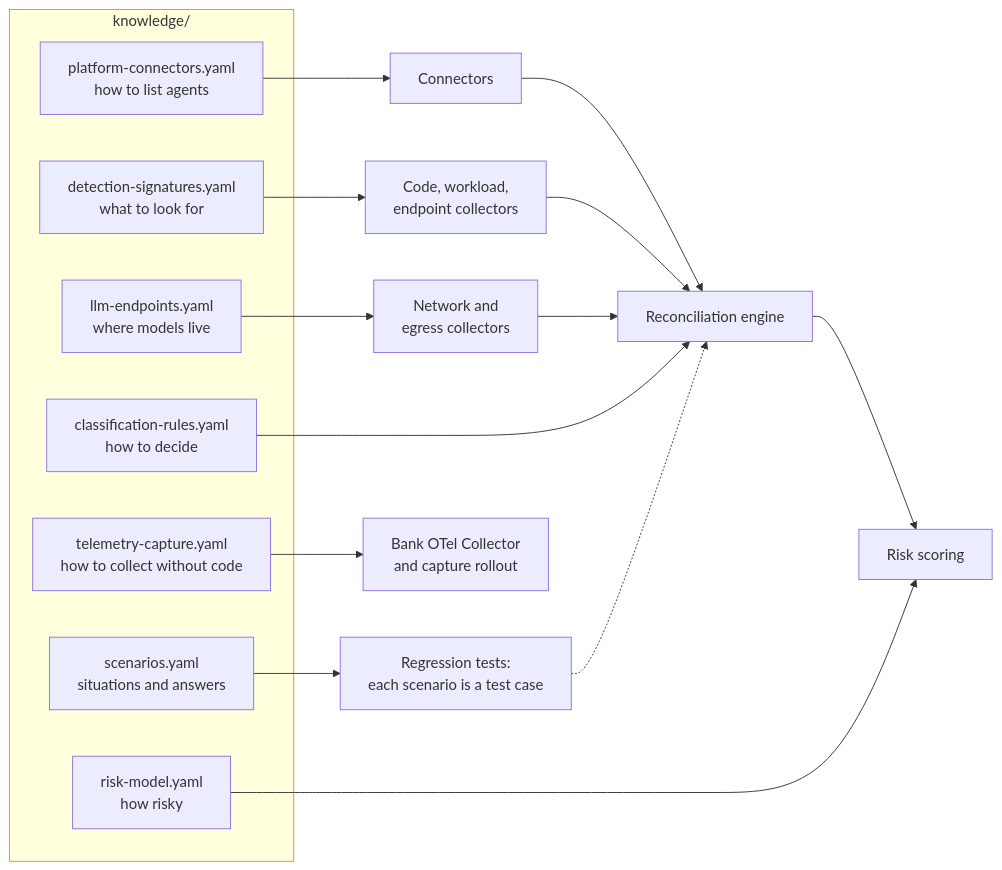
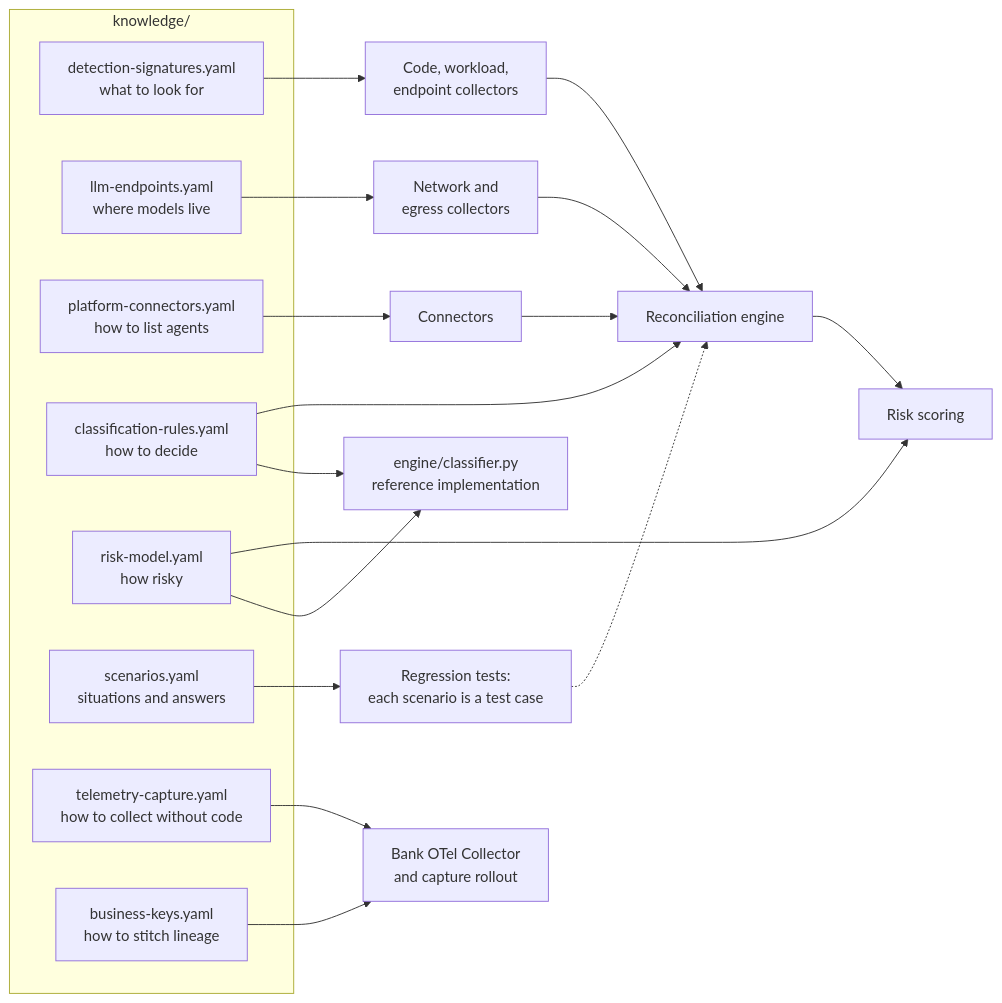
One commit to r0hitpilla/Agentic-AI changed the diagram in knowledge/README.md. Above: the diagram before and after it, drawn with Mermaid. The commit also changed other lines of this file and 35 other files, not shown here.

````diff
--- a/knowledge/README.md
+++ b/knowledge/README.md
@@ -5,25 +5,29 @@
 ```mermaid
 flowchart LR
     subgraph KB["knowledge/"]
         DS["detection-signatures.yaml<br/>what to look for"]
         LE["llm-endpoints.yaml<br/>where models live"]
         PC["platform-connectors.yaml<br/>how to list agents"]
         CR["classification-rules.yaml<br/>how to decide"]
         RM["risk-model.yaml<br/>how risky"]
         SC["scenarios.yaml<br/>situations and answers"]
         TC["telemetry-capture.yaml<br/>how to collect without code"]
+        BK["business-keys.yaml<br/>how to stitch lineage"]
     end
 
     PC --> COL["Connectors"]
     DS --> COL2["Code, workload,<br/>endpoint collectors"]
     LE --> NET["Network and<br/>egress collectors"]
     COL --> REC["Reconciliation engine"]
     COL2 --> REC
     NET --> REC
     CR --> REC
     REC --> RISK["Risk scoring"]
     RM --> RISK
     SC --> TEST["Regression tests:<br/>each scenario is a test case"]
     TC --> OTC["Bank OTel Collector<br/>and capture rollout"]
+    BK --> OTC
+    CR --> ENGREF["engine/classifier.py<br/>reference implementation"]
+    RM --> ENGREF
     TEST -.-> REC
 ```
````
